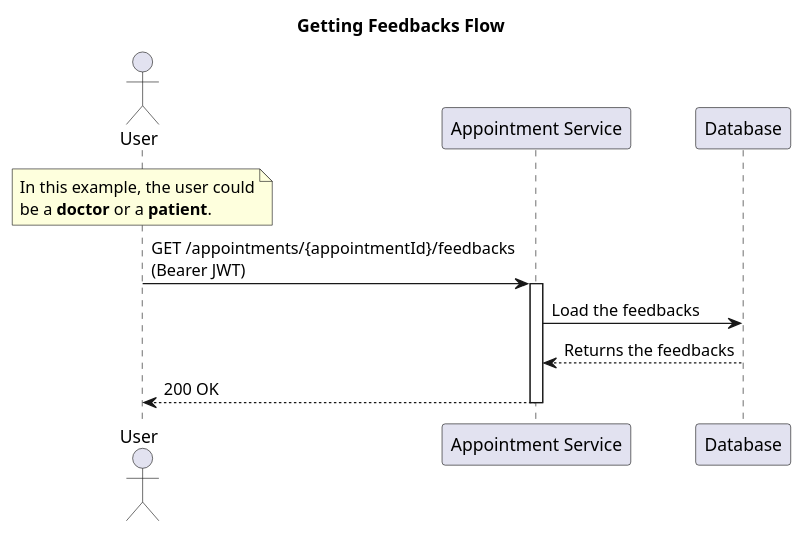
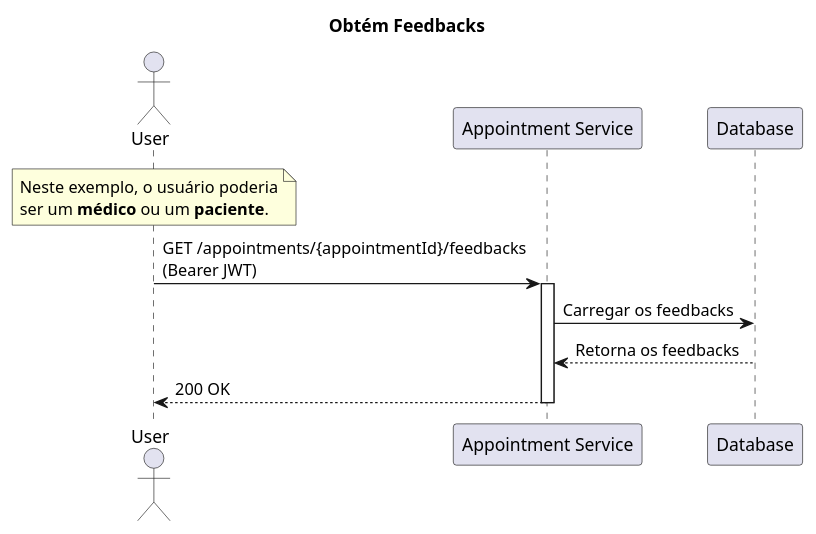
Before and after one commit to jfelipearaujo-healthmed/appointment-service: the diagram in docs/get_feedbacks.puml, drawn with PlantUML. The commit also changed 20 other files, not shown here.

```diff
--- a/docs/get_feedbacks.puml
+++ b/docs/get_feedbacks.puml
@@ -1,23 +1,23 @@
 @startuml get_feedbacks
 
-title Getting Feedbacks Flow
+title Obtém Feedbacks
 
 actor "User" as user
 participant "Appointment Service" as appointment_service
 participant "Database" as database
 
 note over user
-In this example, the user could
-be a **doctor** or a **patient**.
+Neste exemplo, o usuário poderia
+ser um **médico** ou um **paciente**.
 end note
 
 user -> appointment_service: GET /appointments/{appointmentId}/feedbacks\n(Bearer JWT)
 
 activate appointment_service
-appointment_service -> database: Load the feedbacks
-database --> appointment_service: Returns the feedbacks
+appointment_service -> database: Carregar os feedbacks
+database --> appointment_service: Retorna os feedbacks
 appointment_service --> user: 200 OK
 deactivate appointment_service
 
 
 @enduml
```
